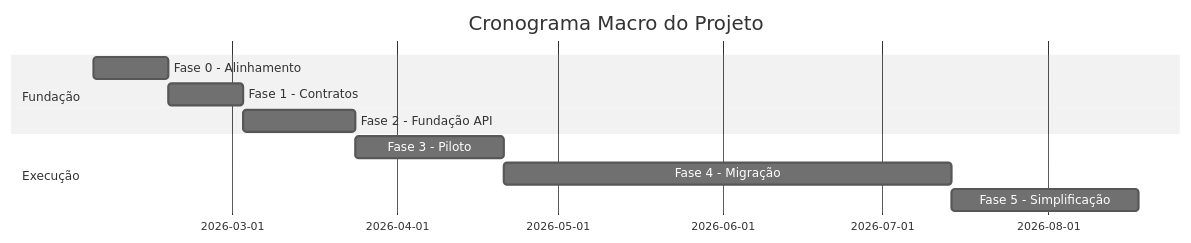
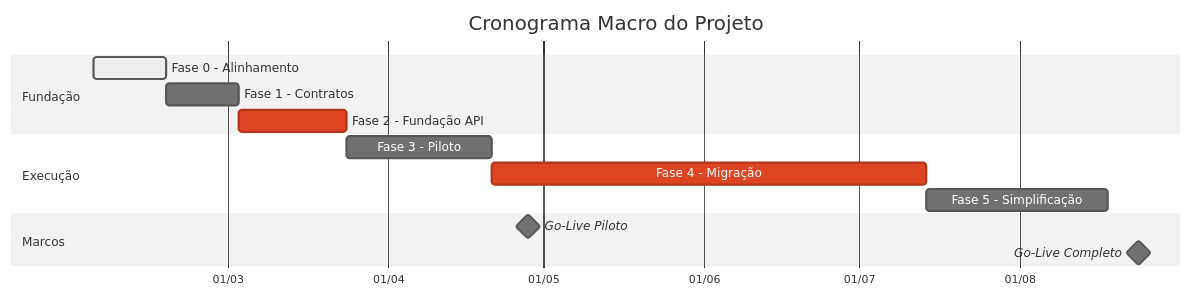
One commit to Evilazaro/Azure-LogicApps-Monitoring changed the diagram in docs/plano-modernizacao/README.md. Above: the diagram before and after it, drawn with Mermaid (neutral theme). The commit also changed 6 other files, not shown here.

````diff
--- a/docs/plano-modernizacao/README.md
+++ b/docs/plano-modernizacao/README.md
@@ -72,15 +72,27 @@
 ```mermaid
+---
+title: Cronograma Macro do Projeto
+---
 gantt
-    title Cronograma Macro do Projeto
+    %% ===== CONFIGURAÇÃO =====
     dateFormat  YYYY-MM-DD
+    axisFormat  %d/%m
+    todayMarker stroke-width:3px,stroke:#4F46E5,opacity:0.8
 
+    %% ===== SEÇÃO: FUNDAÇÃO =====
     section Fundação
-    Fase 0 - Alinhamento     :f0, 2026-02-03, 2w
+    Fase 0 - Alinhamento     :active, f0, 2026-02-03, 2w
     Fase 1 - Contratos       :f1, after f0, 2w
-    Fase 2 - Fundação API    :f2, after f1, 3w
+    Fase 2 - Fundação API    :crit, f2, after f1, 3w
     
+    %% ===== SEÇÃO: EXECUÇÃO =====
     section Execução
     Fase 3 - Piloto          :f3, after f2, 4w
-    Fase 4 - Migração        :f4, after f3, 12w
+    Fase 4 - Migração        :crit, f4, after f3, 12w
     Fase 5 - Simplificação   :f5, after f4, 5w
+
+    %% ===== MARCOS =====
+    section Marcos
+    Go-Live Piloto           :milestone, m1, 2026-04-28, 0d
+    Go-Live Completo         :milestone, m2, 2026-08-24, 0d
 ```
````
